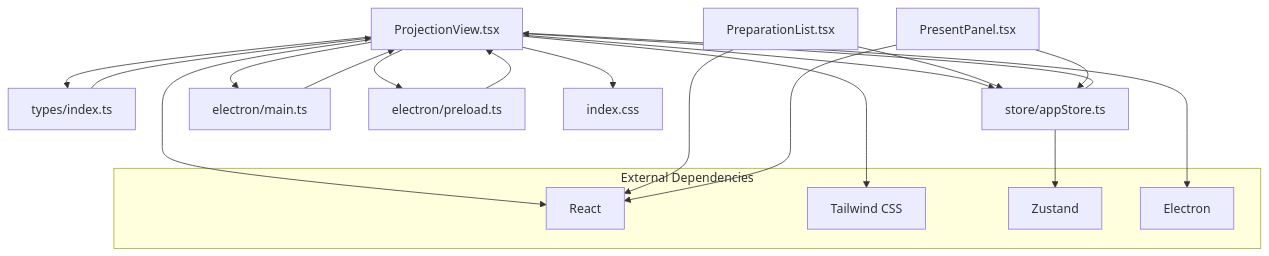
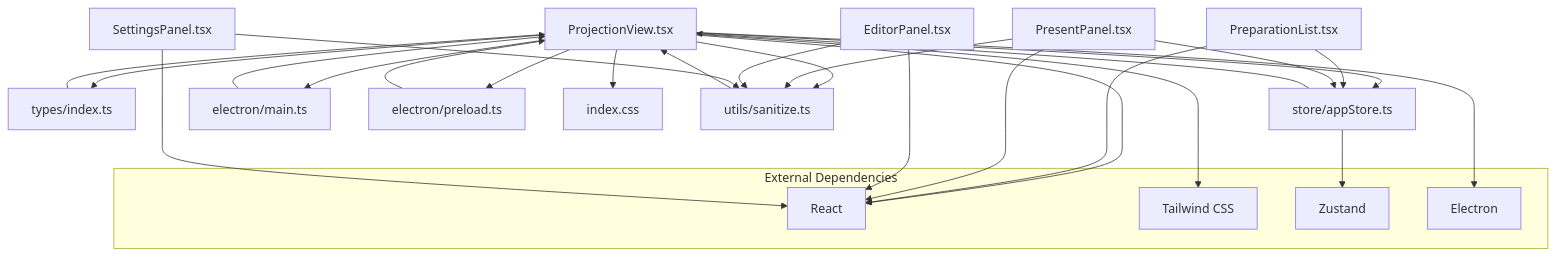
One commit to jimmywyk/lyricdeck changed diagram 14 of 14 in .qoder/repowiki/en/content/User Interface Components/Projection View Component.md. Above: the diagram before and after it, drawn with Mermaid. The commit also changed other lines of this file and 12 other files, not shown here.

````diff
--- a/.qoder/repowiki/en/content/User Interface Components/Projection View Component.md
+++ b/.qoder/repowiki/en/content/User Interface Components/Projection View Component.md
@@ -468,26 +583,33 @@
 ```mermaid
 graph TB
 PV["ProjectionView.tsx"] --> Types["types/index.ts"]
 PV --> Store["store/appStore.ts"]
 PV --> Electron["electron/main.ts"]
 PV --> Preload["electron/preload.ts"]
 PV --> CSS["index.css"]
+PV --> Security["utils/sanitize.ts"]
 Types --> PV
 Store --> PV
 Electron --> PV
 Preload --> PV
+Security --> PV
 PL["PreparationList.tsx"] --> Store
 PP["PresentPanel.tsx"] --> Store
+PP --> Security
+EP["EditorPanel.tsx"] --> Security
+SP["SettingsPanel.tsx"] --> Security
 subgraph "External Dependencies"
 React["React"]
 Tailwind["Tailwind CSS"]
 Zustand["Zustand"]
 ElectronDep["Electron"]
 end
 PV --> React
 PV --> Tailwind
 Store --> Zustand
 PV --> ElectronDep
 PL --> React
 PP --> React
+EP --> React
+SP --> React
 ```
````
